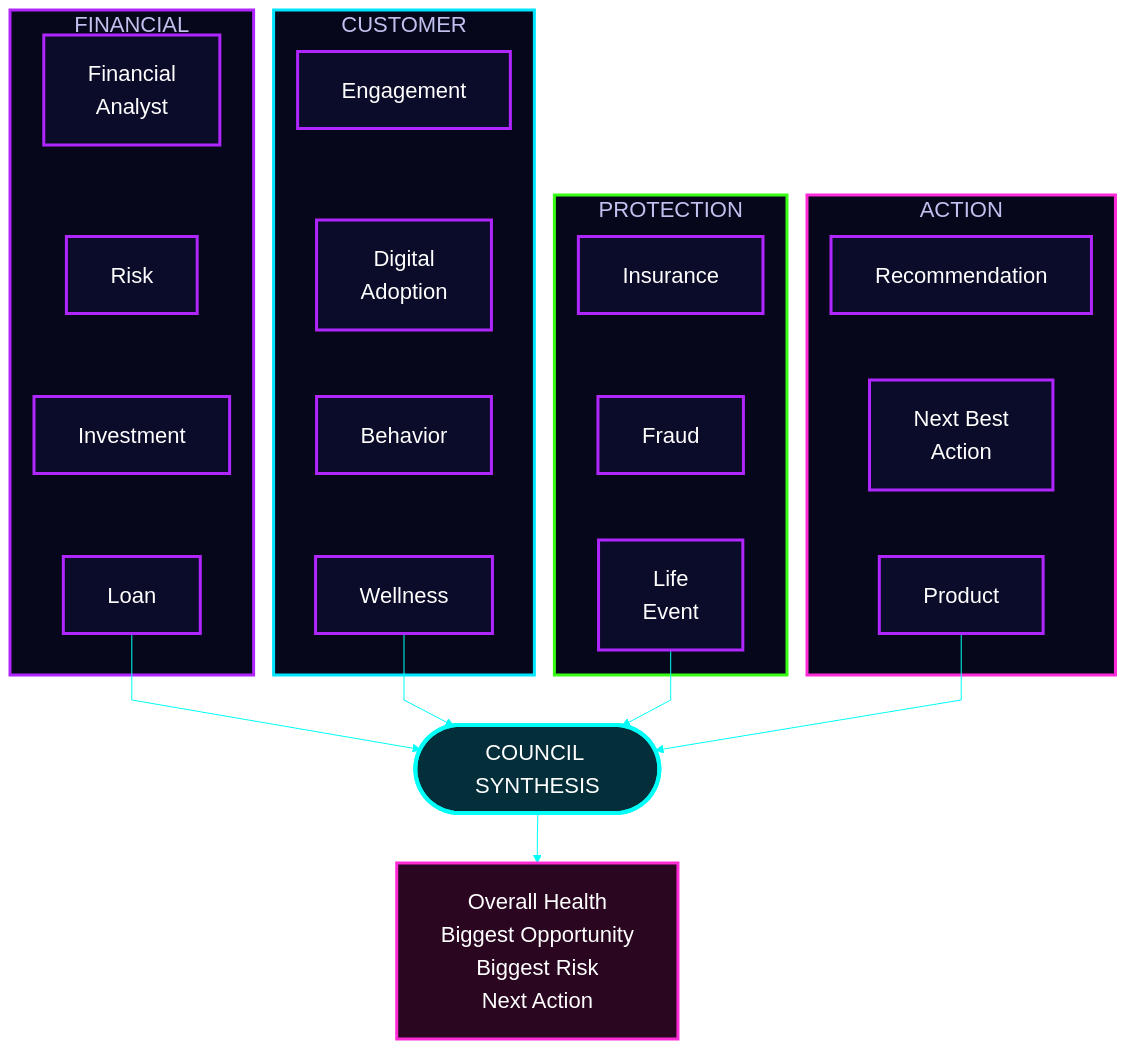
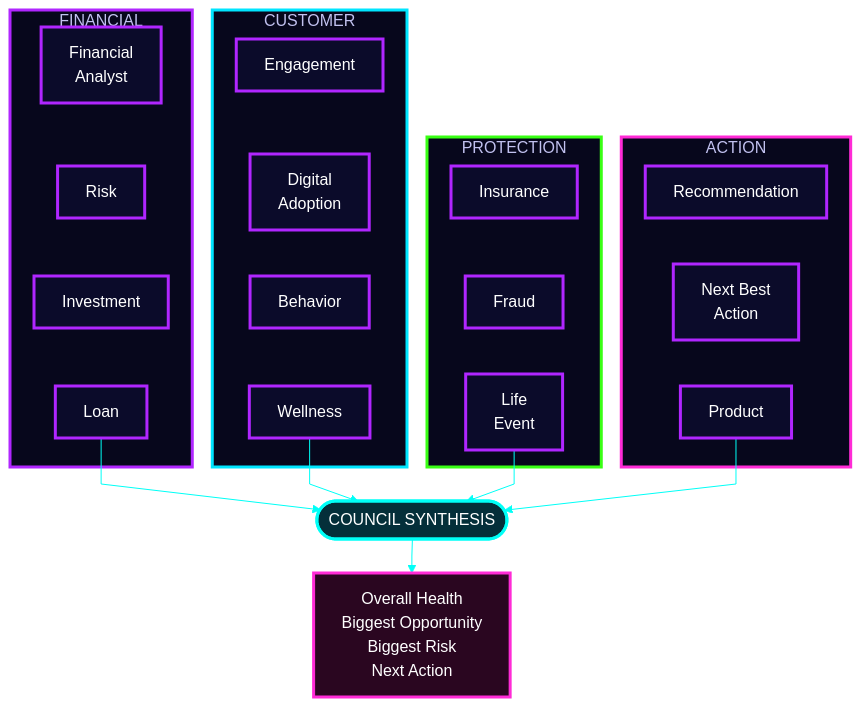
One commit to Mansi232323/MANSHORA changed diagram 11 of 17 in README.md. Above: the diagram before and after it, drawn with Mermaid. The commit also changed other lines of this file, not shown here.

````diff
--- a/README.md
+++ b/README.md
@@ -408,31 +408,31 @@
 ```mermaid
-%%{init: {'theme':'base','themeVariables':{'fontSize':'22px','fontFamily':'Arial, Helvetica, sans-serif','primaryColor':'#0b0b2a','primaryTextColor':'#ffffff','primaryBorderColor':'#b026ff','lineColor':'#00fff7','textColor':'#ffffff','edgeLabelBackground':'#0b0b2a'},'flowchart':{'htmlLabels':false,'nodeSpacing':28,'rankSpacing':50,'padding':22,'curve':'linear'}}}%%
+%%{init: {'theme':'base','themeVariables':{'fontSize':'16px','fontFamily':'Arial, Helvetica, sans-serif','primaryColor':'#0b0b2a','primaryTextColor':'#ffffff','primaryBorderColor':'#b026ff','lineColor':'#00fff7','textColor':'#ffffff','edgeLabelBackground':'#0b0b2a'},'flowchart':{'htmlLabels':false,'nodeSpacing':28,'rankSpacing':34,'padding':14,'curve':'linear'}}}%%
 flowchart TB
     subgraph G1["FINANCIAL"]
         a1["Financial<br/>Analyst"] ~~~ a2["Risk"] ~~~ a3["Investment"] ~~~ a4["Loan"]
     end
     subgraph G2["CUSTOMER"]
         a5["Engagement"] ~~~ a6["Digital<br/>Adoption"] ~~~ a7["Behavior"] ~~~ a8["Wellness"]
     end
     subgraph G3["PROTECTION"]
         a9["Insurance"] ~~~ a10["Fraud"] ~~~ a11["Life<br/>Event"]
     end
     subgraph G4["ACTION"]
         a12["Recommendation"] ~~~ a13["Next Best<br/>Action"] ~~~ a14["Product"]
     end
     a4 --> S
     a8 --> S
     a11 --> S
     a14 --> S
     S(["COUNCIL SYNTHESIS"]) --> R["Overall Health<br/>Biggest Opportunity<br/>Biggest Risk<br/>Next Action"]
     classDef agent fill:#0b0b2a,stroke:#b026ff,stroke-width:3px,color:#ffffff
-    classDef core fill:#042f3a,stroke:#00fff7,stroke-width:4px,color:#ffffff
+    classDef core fill:#042f3a,stroke:#00fff7,stroke-width:3px,color:#ffffff
     classDef out fill:#2a0620,stroke:#ff2bd6,stroke-width:3px,color:#ffffff
     class a1,a2,a3,a4,a5,a6,a7,a8,a9,a10,a11,a12,a13,a14 agent
     class S core
     class R out
     style G1 fill:#07071c,stroke:#b026ff,stroke-width:3px
     style G2 fill:#07071c,stroke:#00e5ff,stroke-width:3px
     style G3 fill:#07071c,stroke:#39ff14,stroke-width:3px
     style G4 fill:#07071c,stroke:#ff2bd6,stroke-width:3px
 ```
````
